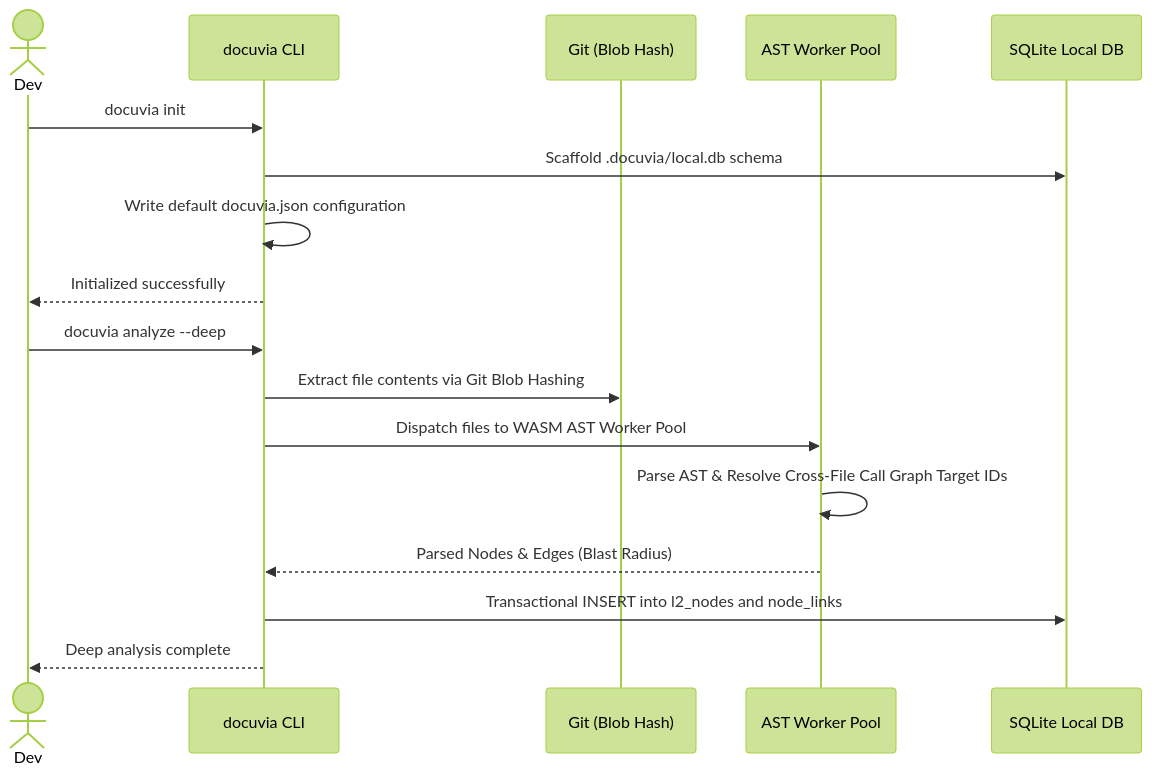
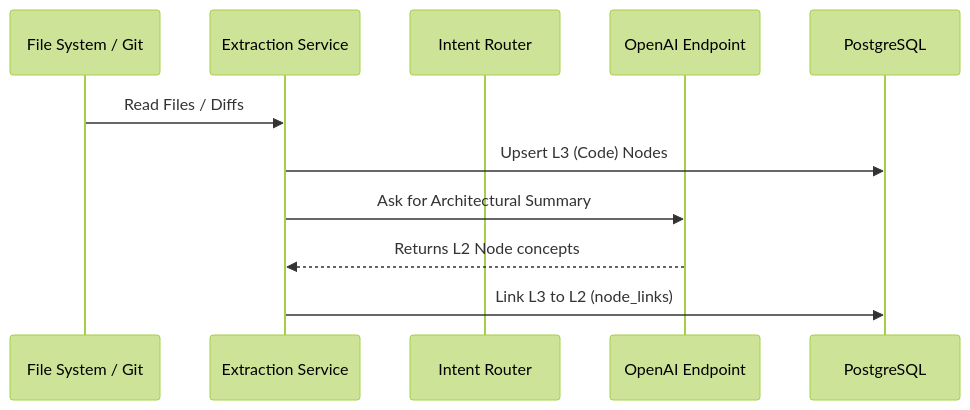
One commit to dyphn1/Docuvia changed the first of 3 diagrams in docs/gitbook/architecture/runtime-scenarios.md. Above: the diagram before and after it, drawn with Mermaid (forest theme). The commit also changed other lines of this file and 113 other files, not shown here.

First line of the commit message:
refactor(docs): reorganize roadmap and arch docs

````diff
--- a/docs/gitbook/architecture/runtime-scenarios.md
+++ b/docs/gitbook/architecture/runtime-scenarios.md
@@ -211,21 +9,14 @@
 ```mermaid
 sequenceDiagram
-    actor Dev
-    participant CLI as docuvia CLI
-    participant GIT as Git (Blob Hash)
-    participant AST as AST Worker Pool
-    participant DB as SQLite Local DB
+    participant Git as File System / Git
+    participant Extract as Extraction Service
+    participant Router as Intent Router
+    participant LLM as OpenAI Endpoint
+    participant DB as PostgreSQL
 
-    Dev->>CLI: docuvia init
-    CLI->>DB: Scaffold .docuvia/local.db schema
-    CLI->>CLI: Write default docuvia.json configuration
-    CLI-->>Dev: Initialized successfully
-
-    Dev->>CLI: docuvia analyze --deep
-    CLI->>GIT: Extract file contents via Git Blob Hashing
-    CLI->>AST: Dispatch files to WASM AST Worker Pool
-    AST->>AST: Parse AST & Resolve Cross-File Call Graph Target IDs
-    AST-->>CLI: Parsed Nodes & Edges (Blast Radius)
-    CLI->>DB: Transactional INSERT into l2_nodes and node_links
-    CLI-->>Dev: Deep analysis complete
+    Git->>Extract: Read Files / Diffs
+    Extract->>DB: Upsert L3 (Code) Nodes
+    Extract->>LLM: Ask for Architectural Summary
+    LLM-->>Extract: Returns L2 Node concepts
+    Extract->>DB: Link L3 to L2 (node_links)
 ```
````
